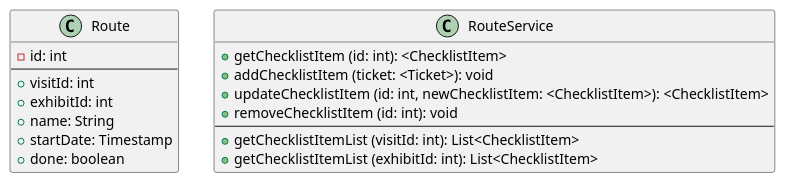
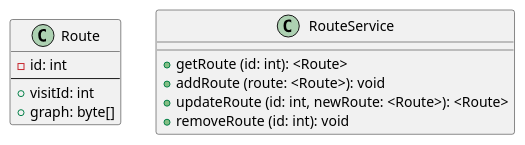
The diagram in diagrams/uml/route_class.puml (SynaxIntelligence/sal), drawn with PlantUML before and after one commit. The commit also changed 114 other files, not shown here.

Commit message:
- updated roadmap; added links to FR; c4 arch; added routes to FR, API, ER, uml; updated non-funcs; update proto

```diff
--- a/diagrams/uml/route_class.puml
+++ b/diagrams/uml/route_class.puml
@@ -2,21 +2,15 @@
 @startuml
 class Route {
   - id: int
   --
   + visitId: int
-  + exhibitId: int
-  + name: String
-  + startDate: Timestamp
-  + done: boolean
+  + graph: byte[]
 }
 
 class RouteService {
-  + getChecklistItem (id: int): <ChecklistItem>
-  + addChecklistItem (ticket: <Ticket>): void
-  + updateChecklistItem (id: int, newChecklistItem: <ChecklistItem>): <ChecklistItem>
-  + removeChecklistItem (id: int): void
-  --
-  + getChecklistItemList (visitId: int): List<ChecklistItem>
-  + getChecklistItemList (exhibitId: int): List<ChecklistItem>
+  + getRoute (id: int): <Route>
+  + addRoute (route: <Route>): void
+  + updateRoute (id: int, newRoute: <Route>): <Route>
+  + removeRoute (id: int): void
 }
 @enduml
```
